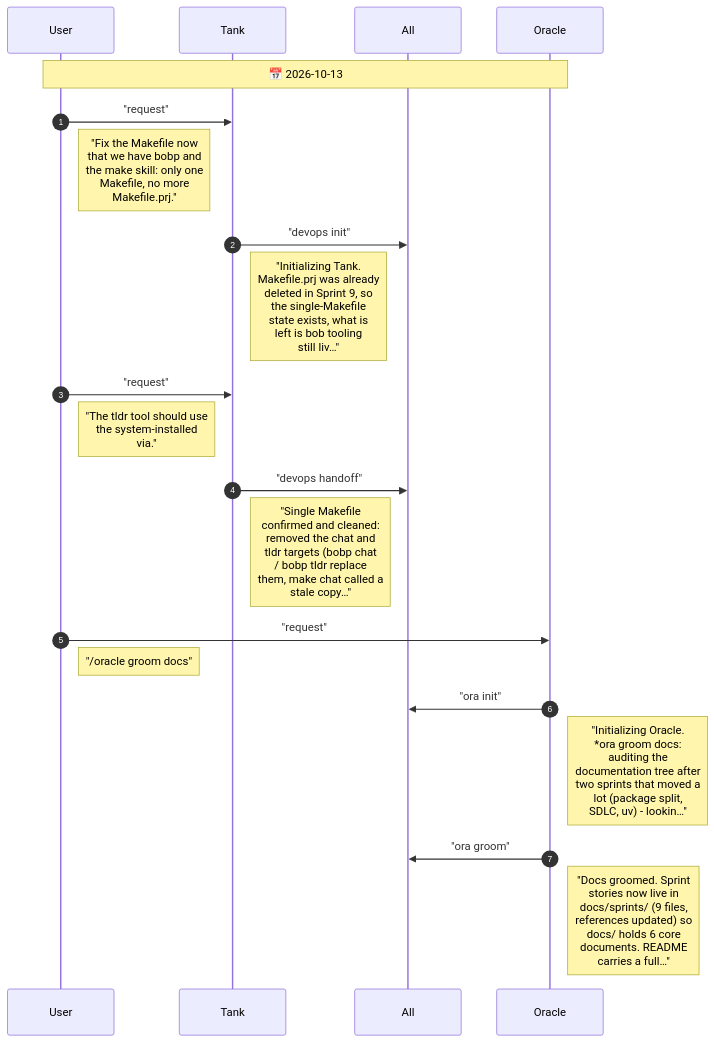
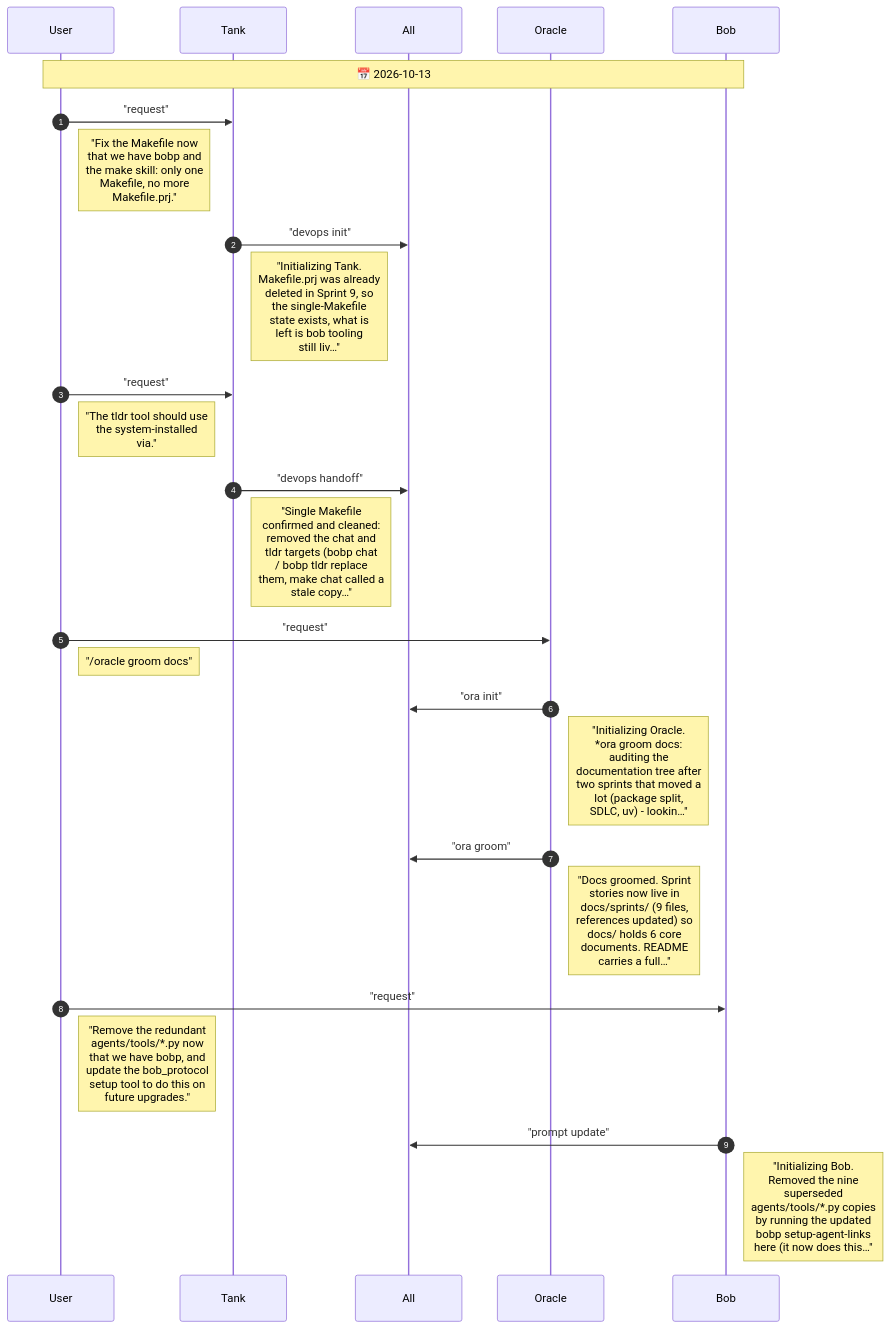
One commit to drusifer/fingerling changed the diagram in agents/CHAT.diagram.md. Above: the diagram before and after it, drawn with Mermaid. The commit also changed 17 other files, not shown here.

First line of the commit message:
chore(agents): remove tool scripts superseded by bobp

````diff
--- a/agents/CHAT.diagram.md
+++ b/agents/CHAT.diagram.md
@@ -5,24 +5,29 @@
 ```mermaid
 %%{init: {"sequence": {"messageFontSize": 14, "noteFontSize": 18, "actorFontSize": 14}}}%%
 sequenceDiagram
     autonumber
     participant User
     participant Tank
     participant All
     participant Oracle
-    Note over User,Oracle: 📅 2026-10-13
+    participant Bob
+    Note over User,Bob: 📅 2026-10-13
     User->>Tank: "request"
     Note right of User: "Fix the Makefile now<br/>that we have bobp and<br/>the make skill: only one<br/>Makefile, no more<br/>Makefile.prj."
     Tank->>All: "devops init"
     Note right of Tank: "Initializing Tank.<br/>Makefile.prj was already<br/>deleted in Sprint 9, so<br/>the single-Makefile<br/>state exists, what is<br/>left is bob tooling<br/>still liv…"
     User->>Tank: "request"
     Note right of User: "The tldr tool should use<br/>the system-installed<br/>via."
     Tank->>All: "devops handoff"
     Note right of Tank: "Single Makefile<br/>confirmed and cleaned:<br/>removed the chat and<br/>tldr targets (bobp chat<br/>/ bobp tldr replace<br/>them, make chat called a<br/>stale copy…"
     User->>Oracle: "request"
     Note right of User: "/oracle groom docs"
     Oracle->>All: "ora init"
     Note right of Oracle: "Initializing Oracle.<br/>*ora groom docs:<br/>auditing the<br/>documentation tree after<br/>two sprints that moved a<br/>lot (package split,<br/>SDLC, uv) - lookin…"
     Oracle->>All: "ora groom"
     Note right of Oracle: "Docs groomed. Sprint<br/>stories now live in<br/>docs/sprints/ (9 files,<br/>references updated) so<br/>docs/ holds 6 core<br/>documents. README<br/>carries a full…"
+    User->>Bob: "request"
+    Note right of User: "Remove the redundant<br/>agents/tools/*.py now<br/>that we have bobp, and<br/>update the bob_protocol<br/>setup tool to do this on<br/>future upgrades."
+    Bob->>All: "prompt update"
+    Note right of Bob: "Initializing Bob.<br/>Removed the nine<br/>superseded<br/>agents/tools/*.py copies<br/>by running the updated<br/>bobp setup-agent-links<br/>here (it now does this…"
 ```
````
